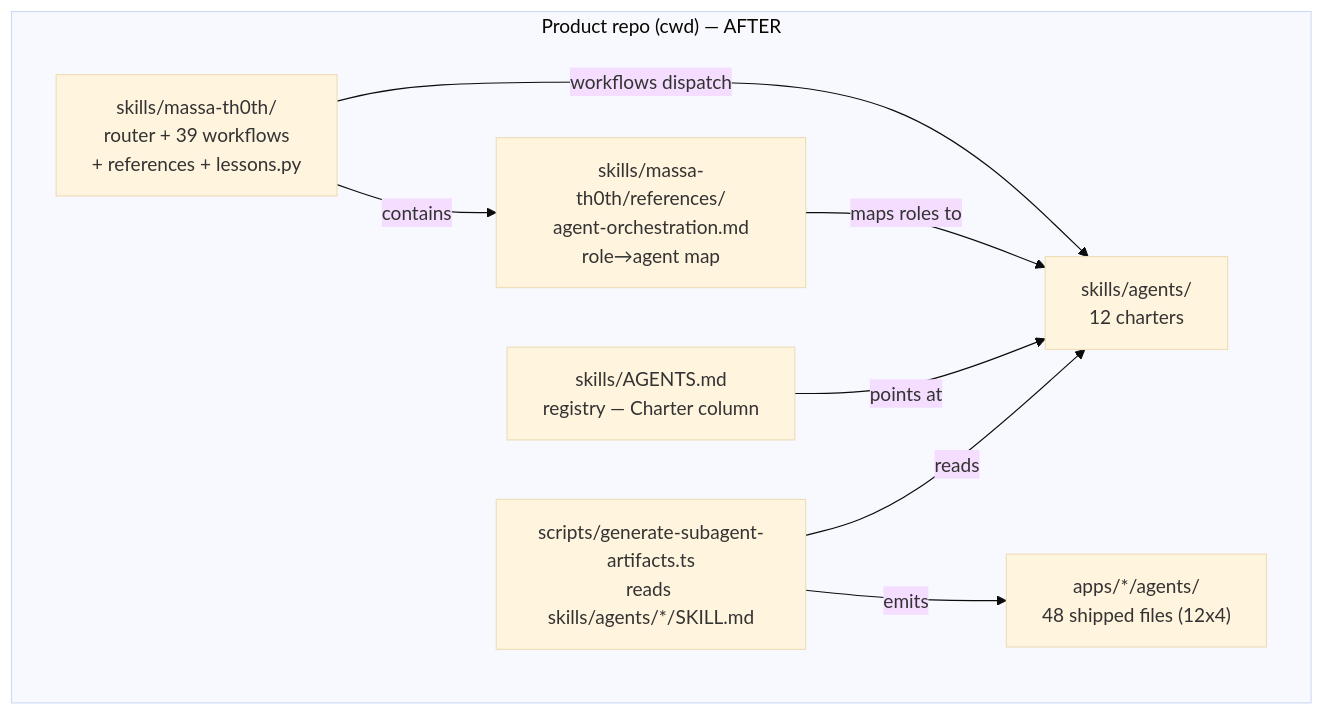
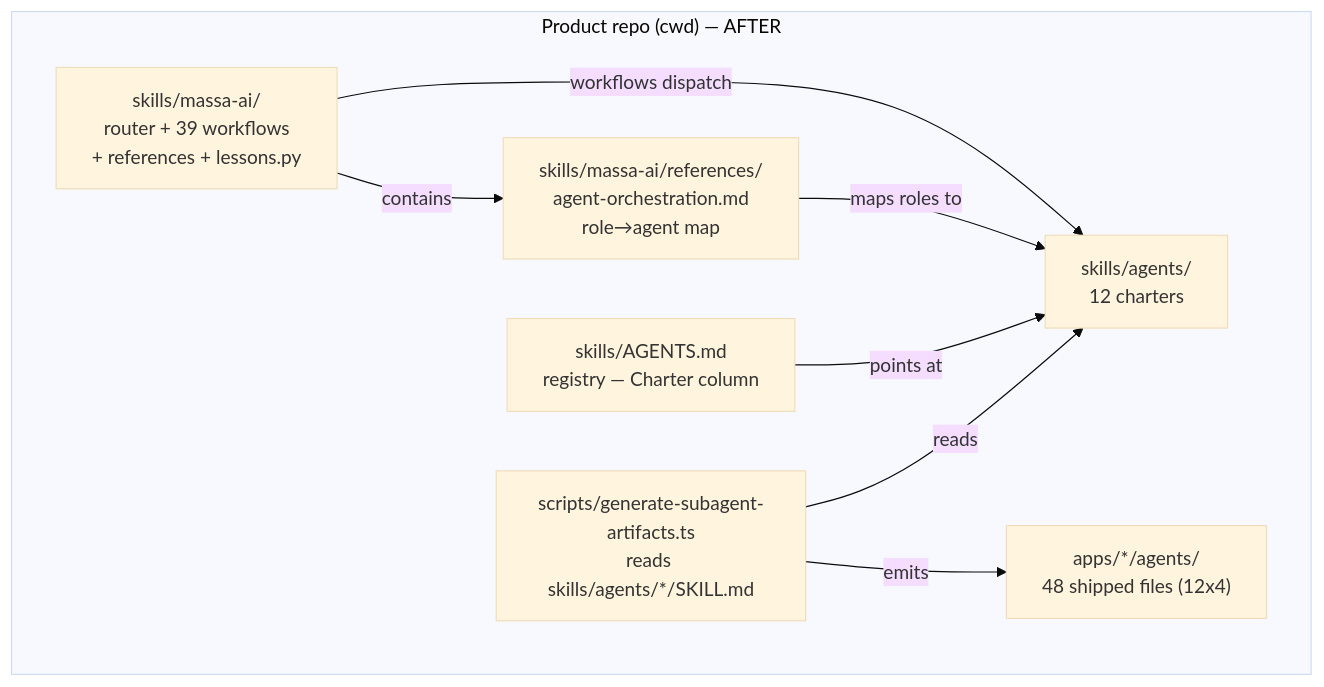
Before and after one commit to luizgmassa/massa-ai: the diagram in .specs/features/workflows-agents-consolidation/design.md, drawn with Mermaid (base theme). The commit also changed other lines of this file and 903 other files, not shown here.

````diff
--- a/.specs/features/workflows-agents-consolidation/design.md
+++ b/.specs/features/workflows-agents-consolidation/design.md
@@ -13,18 +13,18 @@
 ```mermaid
 graph TD
     subgraph "Product repo (cwd) — AFTER"
         SA["skills/agents/<br/>12 charters"]
-        SMT["skills/massa-th0th/<br/>router + 39 workflows<br/>+ references + lessons.py"]
+        SMT["skills/massa-ai/<br/>router + 39 workflows<br/>+ references + lessons.py"]
         GEN["scripts/generate-subagent-artifacts.ts<br/>reads skills/agents/*/SKILL.md"]
         REG["skills/AGENTS.md<br/>registry — Charter column"]
         APPS["apps/*/agents/<br/>48 shipped files (12x4)"]
-        AO["skills/massa-th0th/references/<br/>agent-orchestration.md<br/>role→agent map"]
+        AO["skills/massa-ai/references/<br/>agent-orchestration.md<br/>role→agent map"]
 
         GEN -->|reads| SA
         GEN -->|emits| APPS
         REG -->|points at| SA
         SMT -->|contains| AO
         AO -->|maps roles to| SA
         SMT -->|workflows dispatch| SA
     end
 ```
````
